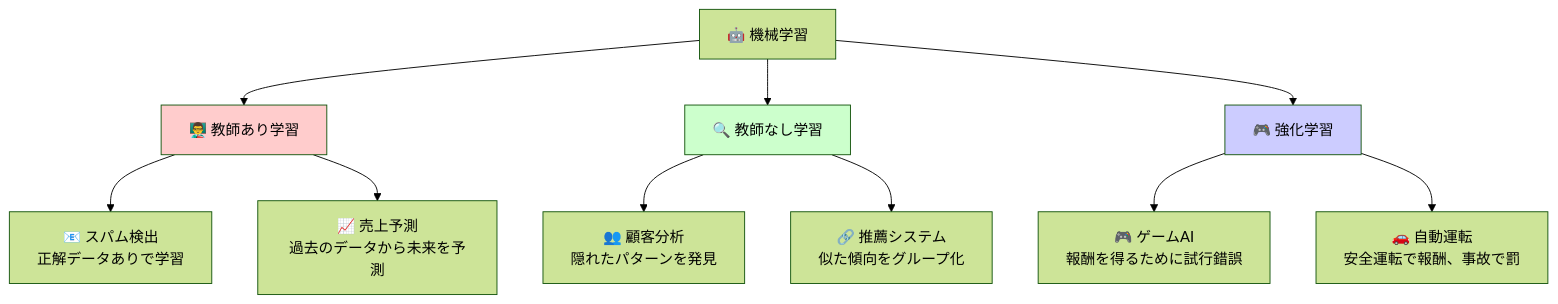
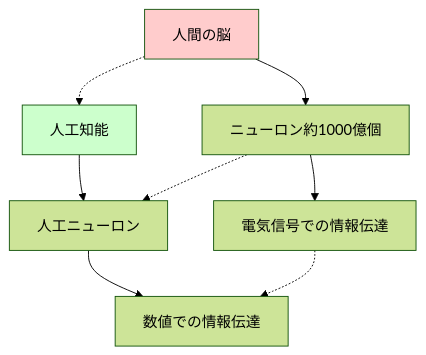
The second of 9 diagrams in AI/README.MD (SparklingDetergent/doc_genai_mental_model), drawn with Mermaid (forest theme) before and after one commit. The commit also changed other lines of this file, not shown here.

````diff
--- a/AI/README.MD
+++ b/AI/README.MD
@@ -172,19 +44,18 @@
 ```mermaid
 graph TD
-    A[🤖 機械学習] --> B[👨‍🏫 教師あり学習]
-    A --> C[🔍 教師なし学習]
-    A --> D[🎮 強化学習]
+    A[人間の脳] --> B[ニューロン約1000億個]
+    B --> C[電気信号での情報伝達]
     
-    B --> E[📧 スパム検出<br/>正解データありで学習]
-    B --> F[📈 売上予測<br/>過去のデータから未来を予測]
+    D[人工知能] --> E[人工ニューロン]
+    E --> F[数値での情報伝達]
     
-    C --> G[👥 顧客分析<br/>隠れたパターンを発見]
-    C --> H[🔗 推薦システム<br/>似た傾向をグループ化]
+    A -.-> D
+    B -.-> E
+    C -.-> F
     
-    D --> I[🎮 ゲームAI<br/>報酬を得るために試行錯誤]
-    D --> J[🚗 自動運転<br/>安全運転で報酬、事故で罰]
+    style A fill:#ffcccc
+    style D fill:#ccffcc
     
-    style B fill:#ffcccc
-    style C fill:#ccffcc
-    style D fill:#ccccff
+    click B "/docs/neuron-basics.md" "ニューロンの仕組み"
+    click E "/docs/artificial-neuron.md" "人工ニューロン"
 ```
````
